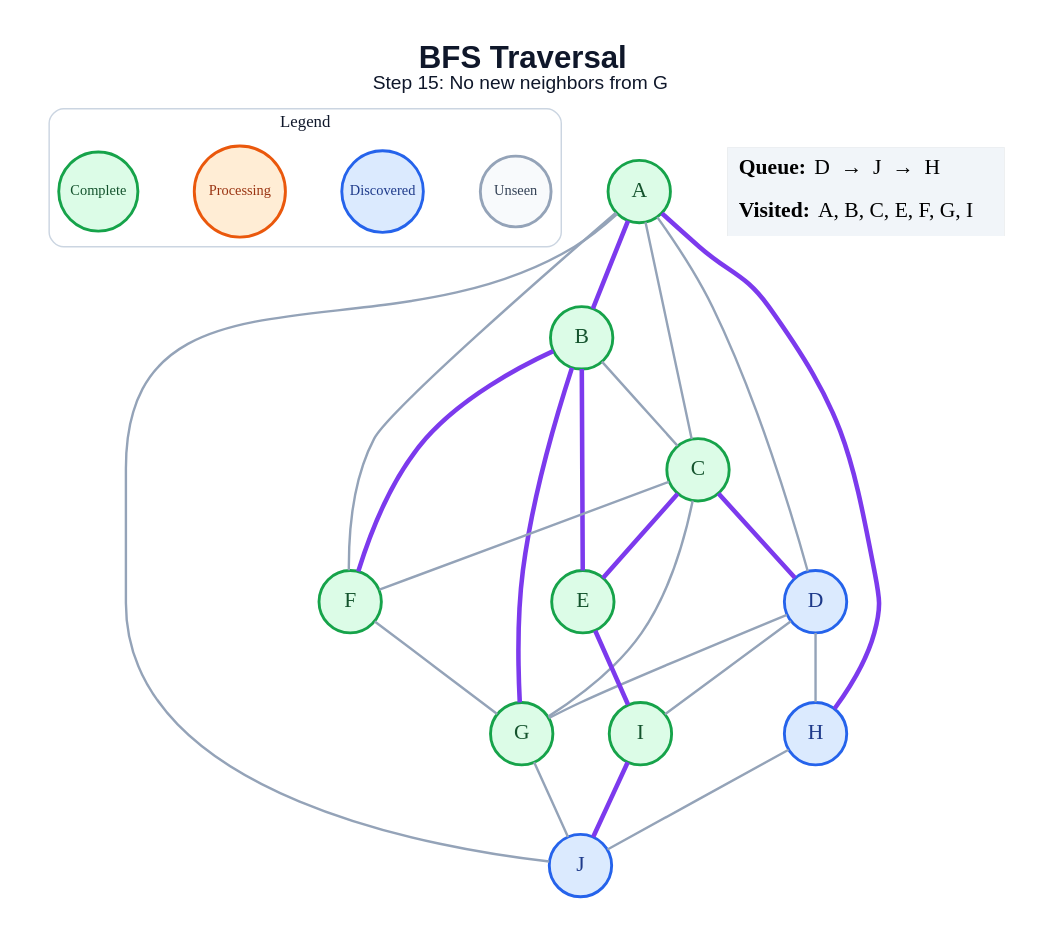
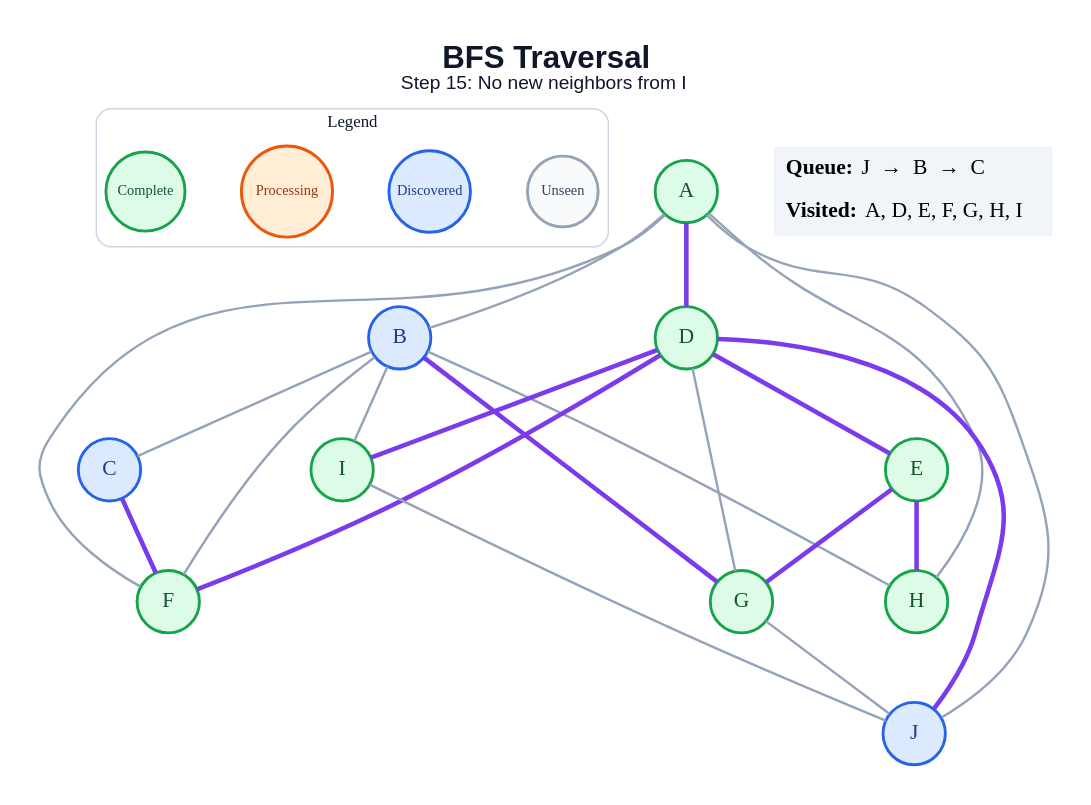
Before and after one commit to amanghodawala9/ai-slop: the diagram in generated/specific-node/bfs/step_15.dot, drawn with Graphviz. The commit also changed 178 other files, not shown here.

```diff
--- a/generated/specific-node/bfs/step_15.dot
+++ b/generated/specific-node/bfs/step_15.dot
@@ -1,51 +1,49 @@
 graph traversal {
   graph [layout=dot, rankdir=TB, bgcolor="#FFFFFF", pad="0.35", nodesep="0.65", ranksep="0.8", fontname="Arial"];
   node [shape=circle, style="filled", fontname="Arial Bold", fontsize=18, width=0.72, fixedsize=true, penwidth=2.4];
   edge [color="#94A3B8", penwidth=2.0];
-  label=<<B>BFS Traversal</B><BR/><FONT POINT-SIZE="16">Step 15: No new neighbors from G</FONT>>; labelloc="t"; fontsize=26; fontname="Arial"; fontcolor="#0F172A";
+  label=<<B>BFS Traversal</B><BR/><FONT POINT-SIZE="16">Step 15: No new neighbors from I</FONT>>; labelloc="t"; fontsize=26; fontname="Arial"; fontcolor="#0F172A";
   subgraph cluster_legend { label="Legend"; color="#CBD5E1"; penwidth=1.2; style="rounded"; fontsize=14; fontname="Arial Bold";
     key_unseen [label="Unseen", fillcolor="#F8FAFC", color="#94A3B8", fontcolor="#334155", fontsize=12, width=0.82];
     key_frontier [label="Discovered", fillcolor="#DBEAFE", color="#2563EB", fontcolor="#1E3A8A", fontsize=12, width=0.95];
     key_current [label="Processing", fillcolor="#FFEDD5", color="#EA580C", fontcolor="#9A3412", fontsize=12, width=1.05];
     key_done [label="Complete", fillcolor="#DCFCE7", color="#16A34A", fontcolor="#14532D", fontsize=12, width=0.92];
     { rank=same; key_unseen; key_frontier; key_current; key_done; }
   }
   A [fillcolor="#DCFCE7", color="#16A34A", fontcolor="#14532D"];
-  B [fillcolor="#DCFCE7", color="#16A34A", fontcolor="#14532D"];
-  C [fillcolor="#DCFCE7", color="#16A34A", fontcolor="#14532D"];
-  D [fillcolor="#DBEAFE", color="#2563EB", fontcolor="#1E3A8A"];
+  B [fillcolor="#DBEAFE", color="#2563EB", fontcolor="#1E3A8A"];
+  C [fillcolor="#DBEAFE", color="#2563EB", fontcolor="#1E3A8A"];
+  D [fillcolor="#DCFCE7", color="#16A34A", fontcolor="#14532D"];
   E [fillcolor="#DCFCE7", color="#16A34A", fontcolor="#14532D"];
   F [fillcolor="#DCFCE7", color="#16A34A", fontcolor="#14532D"];
   G [fillcolor="#DCFCE7", color="#16A34A", fontcolor="#14532D"];
-  H [fillcolor="#DBEAFE", color="#2563EB", fontcolor="#1E3A8A"];
+  H [fillcolor="#DCFCE7", color="#16A34A", fontcolor="#14532D"];
   I [fillcolor="#DCFCE7", color="#16A34A", fontcolor="#14532D"];
   J [fillcolor="#DBEAFE", color="#2563EB", fontcolor="#1E3A8A"];
-  A -- B [color="#7C3AED", penwidth=3.8];
-  A -- C;
-  A -- D;
+  A -- B;
+  A -- D [color="#7C3AED", penwidth=3.8];
   A -- F;
-  A -- H [color="#7C3AED", penwidth=3.8];
+  A -- H;
   A -- J;
   B -- C;
-  B -- E [color="#7C3AED", penwidth=3.8];
-  B -- F [color="#7C3AED", penwidth=3.8];
+  B -- F;
   B -- G [color="#7C3AED", penwidth=3.8];
-  C -- D [color="#7C3AED", penwidth=3.8];
-  C -- E [color="#7C3AED", penwidth=3.8];
-  C -- F;
-  C -- G;
+  B -- H;
+  B -- I;
+  C -- F [color="#7C3AED", penwidth=3.8];
+  D -- E [color="#7C3AED", penwidth=3.8];
+  D -- F [color="#7C3AED", penwidth=3.8];
   D -- G;
-  D -- H;
-  D -- I;
-  E -- I [color="#7C3AED", penwidth=3.8];
-  F -- G;
+  D -- I [color="#7C3AED", penwidth=3.8];
+  D -- J [color="#7C3AED", penwidth=3.8];
+  E -- G [color="#7C3AED", penwidth=3.8];
+  E -- H [color="#7C3AED", penwidth=3.8];
   G -- J;
-  H -- J;
-  I -- J [color="#7C3AED", penwidth=3.8];
+  I -- J;
   status [shape=plain, fixedsize=false, width=0, height=0, margin=0, label=<
     <TABLE BORDER="0" CELLBORDER="0" CELLPADDING="7" BGCOLOR="#F1F5F9">
-      <TR><TD ALIGN="LEFT"><B>Queue:</B> D  →  J  →  H</TD></TR>
-      <TR><TD ALIGN="LEFT"><B>Visited:</B> A, B, C, E, F, G, I</TD></TR>
+      <TR><TD ALIGN="LEFT"><B>Queue:</B> J  →  B  →  C</TD></TR>
+      <TR><TD ALIGN="LEFT"><B>Visited:</B> A, D, E, F, G, H, I</TD></TR>
     </TABLE>
   >];
 }
```
